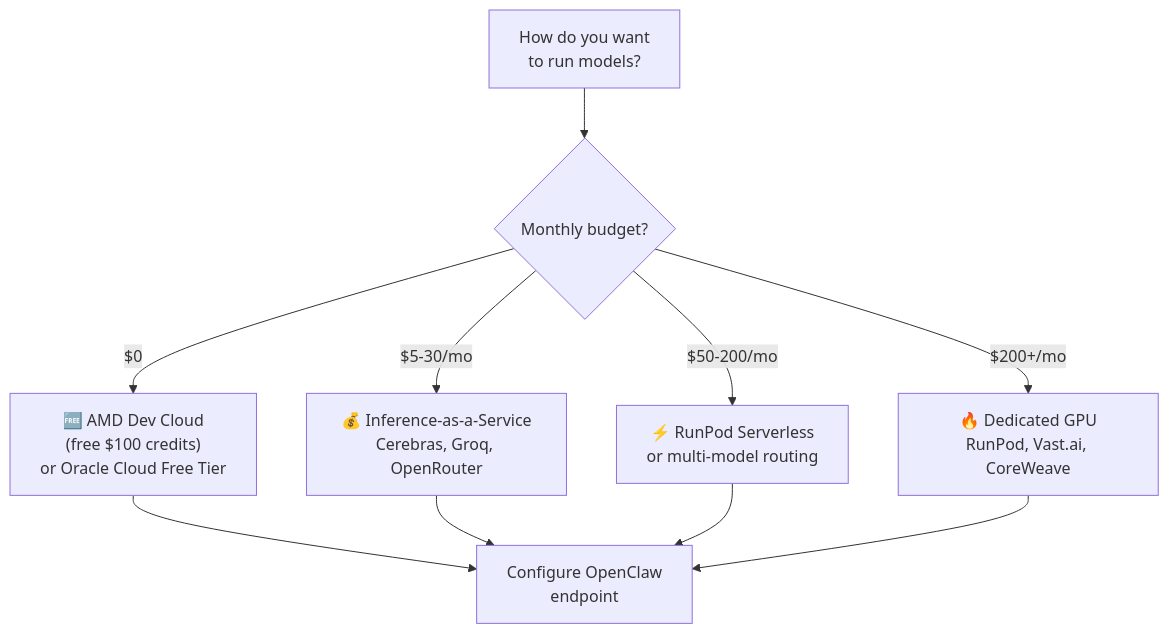
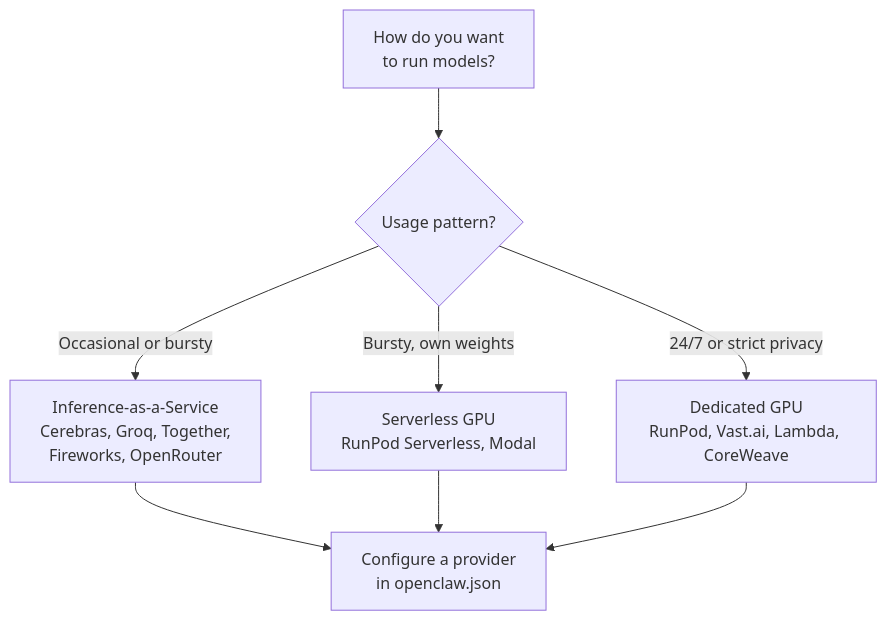
Before and after one commit to clawdocs/clawdocs.github.io: the diagram in docs/guides/cloud-gpu-models.md, drawn with Mermaid. The commit also changed other lines of this file, not shown here.

First line of the commit message:
Fix cloud-gpu-models config, model IDs, prices and links

````diff
--- a/docs/guides/cloud-gpu-models.md
+++ b/docs/guides/cloud-gpu-models.md
@@ -19,13 +24,11 @@
 ```mermaid
 flowchart TD
-    Start["How do you want<br/>to run models?"] --> Budget{Monthly budget?}
-    Budget -- "$0" --> Free["🆓 AMD Dev Cloud<br/>(free $100 credits)<br/>or Oracle Cloud Free Tier"]
-    Budget -- "$5-30/mo" --> Cheap["💰 Inference-as-a-Service<br/>Cerebras, Groq, OpenRouter"]
-    Budget -- "$50-200/mo" --> Mid["⚡ RunPod Serverless<br/>or multi-model routing"]
-    Budget -- "$200+/mo" --> Power["🔥 Dedicated GPU<br/>RunPod, Vast.ai, CoreWeave"]
+    Start["How do you want<br/>to run models?"] --> Usage{Usage pattern?}
+    Usage -- "Occasional or bursty" --> Cheap["Inference-as-a-Service<br/>Cerebras, Groq, Together,<br/>Fireworks, OpenRouter"]
+    Usage -- "Bursty, own weights" --> Mid["Serverless GPU<br/>RunPod Serverless, Modal"]
+    Usage -- "24/7 or strict privacy" --> Power["Dedicated GPU<br/>RunPod, Vast.ai, Lambda, CoreWeave"]
 
-    Free --> Config["Configure OpenClaw<br/>endpoint"]
-    Cheap --> Config
+    Cheap --> Config["Configure a provider<br/>in openclaw.json"]
     Mid --> Config
     Power --> Config
 ```
````
